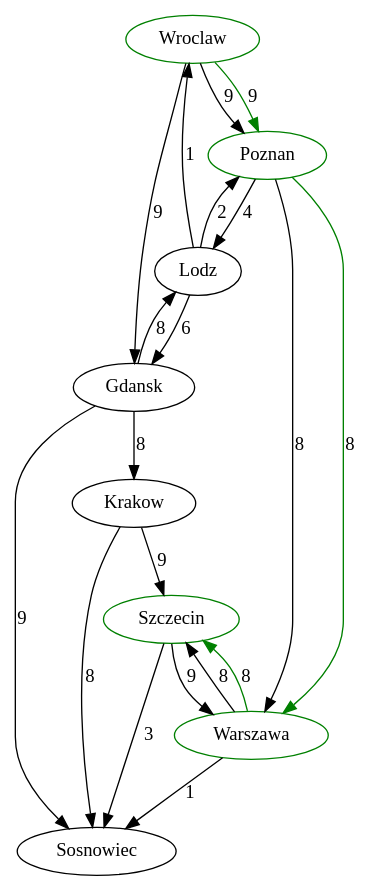
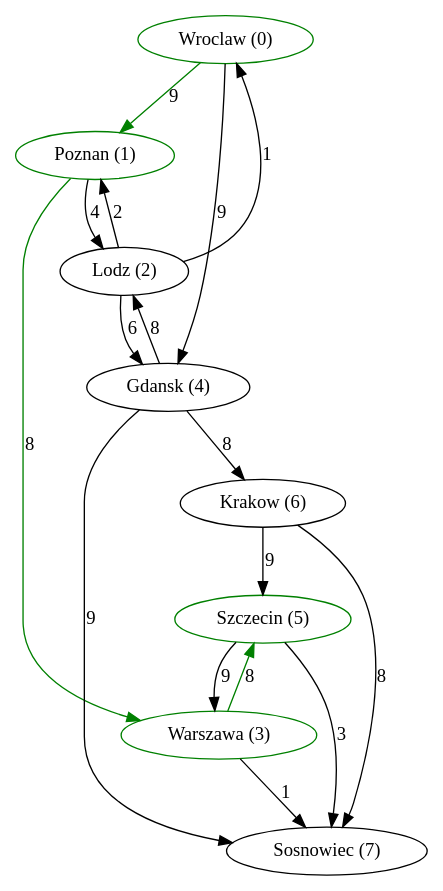
One commit to KKoniarz/Dijkstra_directed_graph changed the diagram in Dijkstra_shortest_path.gv. Above: the diagram before and after it, drawn with Graphviz. The commit also changed 8 other files, not shown here.

```diff
--- a/Dijkstra_shortest_path.gv
+++ b/Dijkstra_shortest_path.gv
@@ -1,34 +1,27 @@
 // Dijkstra shortest path
 digraph "Dijkstra shortest path" {
-	<Node.Node object at 0x00000178C6728E80> [label=Wroclaw]
-	<Node.Node object at 0x00000178C6728E80> -> <Node.Node object at 0x00000178C6728DF0> [label=9]
-	<Node.Node object at 0x00000178C6728E80> -> <Node.Node object at 0x00000178C6B5CC70> [label=9]
-	<Node.Node object at 0x00000178C6728DF0> [label=Poznan]
-	<Node.Node object at 0x00000178C6728DF0> -> <Node.Node object at 0x00000178C6B5C790> [label=4]
-	<Node.Node object at 0x00000178C6728DF0> -> <Node.Node object at 0x00000178C6B5C7F0> [label=8]
-	<Node.Node object at 0x00000178C6B5C790> [label=Lodz]
-	<Node.Node object at 0x00000178C6B5C790> -> <Node.Node object at 0x00000178C6728E80> [label=1]
-	<Node.Node object at 0x00000178C6B5C790> -> <Node.Node object at 0x00000178C6728DF0> [label=2]
-	<Node.Node object at 0x00000178C6B5C790> -> <Node.Node object at 0x00000178C6B5CC70> [label=6]
-	<Node.Node object at 0x00000178C6B5C7F0> [label=Warszawa]
-	<Node.Node object at 0x00000178C6B5C7F0> -> <Node.Node object at 0x00000178C6B5CD90> [label=1]
-	<Node.Node object at 0x00000178C6B5C7F0> -> <Node.Node object at 0x00000178C6B5CCD0> [label=8]
-	<Node.Node object at 0x00000178C6B5CC70> [label=Gdansk]
-	<Node.Node object at 0x00000178C6B5CC70> -> <Node.Node object at 0x00000178C6B5C790> [label=8]
-	<Node.Node object at 0x00000178C6B5CC70> -> <Node.Node object at 0x00000178C6B5CD30> [label=8]
-	<Node.Node object at 0x00000178C6B5CC70> -> <Node.Node object at 0x00000178C6B5CD90> [label=9]
-	<Node.Node object at 0x00000178C6B5CCD0> [label=Szczecin]
-	<Node.Node object at 0x00000178C6B5CCD0> -> <Node.Node object at 0x00000178C6B5CD90> [label=3]
-	<Node.Node object at 0x00000178C6B5CCD0> -> <Node.Node object at 0x00000178C6B5C7F0> [label=9]
-	<Node.Node object at 0x00000178C6B5CD30> [label=Krakow]
-	<Node.Node object at 0x00000178C6B5CD30> -> <Node.Node object at 0x00000178C6B5CCD0> [label=9]
-	<Node.Node object at 0x00000178C6B5CD30> -> <Node.Node object at 0x00000178C6B5CD90> [label=8]
-	<Node.Node object at 0x00000178C6B5CD90> [label=Sosnowiec]
-	<Node.Node object at 0x00000178C6B5CCD0> [label=Szczecin color=green]
-	<Node.Node object at 0x00000178C6B5C7F0> -> <Node.Node object at 0x00000178C6B5CCD0> [label=8 color=green]
-	<Node.Node object at 0x00000178C6B5C7F0> [label=Warszawa color=green]
-	<Node.Node object at 0x00000178C6728DF0> -> <Node.Node object at 0x00000178C6B5C7F0> [label=8 color=green]
-	<Node.Node object at 0x00000178C6728DF0> [label=Poznan color=green]
-	<Node.Node object at 0x00000178C6728E80> -> <Node.Node object at 0x00000178C6728DF0> [label=9 color=green]
-	<Node.Node object at 0x00000178C6728E80> [label=Wroclaw color=green]
+	<Graph.Node object at 0x000001797229AD60> [label="Wroclaw (0)" color=green]
+	<Graph.Node object at 0x00000179726AF4F0> [label="Poznan (1)" color=green]
+	<Graph.Node object at 0x00000179726AF790> [label="Lodz (2)"]
+	<Graph.Node object at 0x00000179726AF7F0> [label="Warszawa (3)" color=green]
+	<Graph.Node object at 0x00000179726AF850> [label="Gdansk (4)"]
+	<Graph.Node object at 0x00000179726AF8B0> [label="Szczecin (5)" color=green]
+	<Graph.Node object at 0x00000179726AF910> [label="Krakow (6)"]
+	<Graph.Node object at 0x00000179726AF970> [label="Sosnowiec (7)"]
+	<Graph.Node object at 0x000001797229AD60> -> <Graph.Node object at 0x00000179726AF4F0> [label=9 color=green]
+	<Graph.Node object at 0x000001797229AD60> -> <Graph.Node object at 0x00000179726AF850> [label=9]
+	<Graph.Node object at 0x00000179726AF790> -> <Graph.Node object at 0x000001797229AD60> [label=1]
+	<Graph.Node object at 0x00000179726AF4F0> -> <Graph.Node object at 0x00000179726AF790> [label=4]
+	<Graph.Node object at 0x00000179726AF790> -> <Graph.Node object at 0x00000179726AF4F0> [label=2]
+	<Graph.Node object at 0x00000179726AF790> -> <Graph.Node object at 0x00000179726AF850> [label=6]
+	<Graph.Node object at 0x00000179726AF850> -> <Graph.Node object at 0x00000179726AF790> [label=8]
+	<Graph.Node object at 0x00000179726AF850> -> <Graph.Node object at 0x00000179726AF910> [label=8]
+	<Graph.Node object at 0x00000179726AF850> -> <Graph.Node object at 0x00000179726AF970> [label=9]
+	<Graph.Node object at 0x00000179726AF910> -> <Graph.Node object at 0x00000179726AF8B0> [label=9]
+	<Graph.Node object at 0x00000179726AF910> -> <Graph.Node object at 0x00000179726AF970> [label=8]
+	<Graph.Node object at 0x00000179726AF8B0> -> <Graph.Node object at 0x00000179726AF970> [label=3]
+	<Graph.Node object at 0x00000179726AF4F0> -> <Graph.Node object at 0x00000179726AF7F0> [label=8 color=green]
+	<Graph.Node object at 0x00000179726AF7F0> -> <Graph.Node object at 0x00000179726AF970> [label=1]
+	<Graph.Node object at 0x00000179726AF7F0> -> <Graph.Node object at 0x00000179726AF8B0> [label=8 color=green]
+	<Graph.Node object at 0x00000179726AF8B0> -> <Graph.Node object at 0x00000179726AF7F0> [label=9]
 }
```
